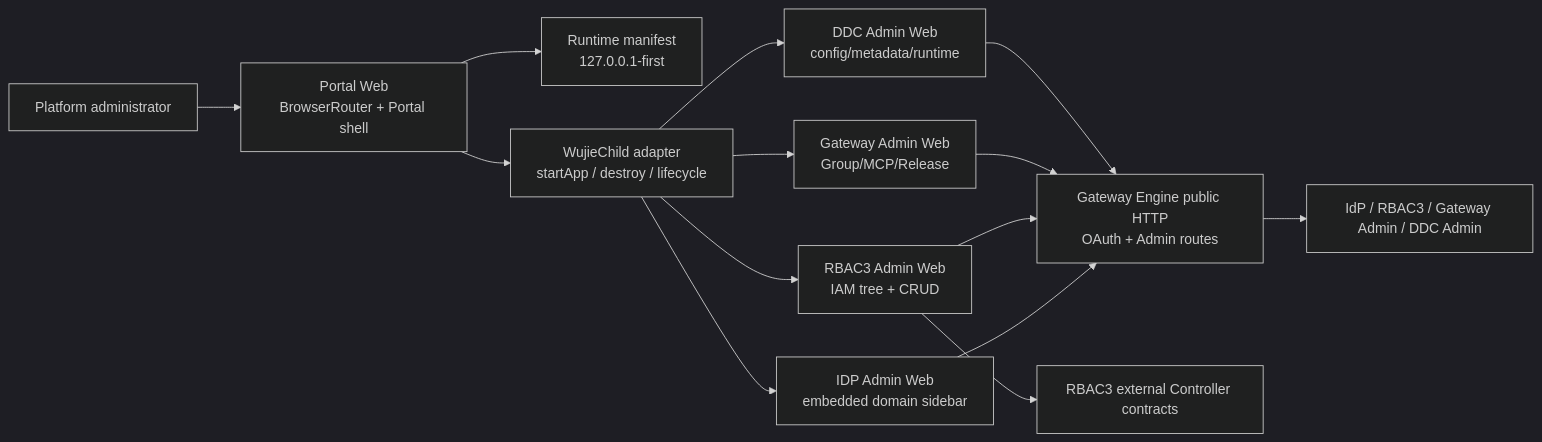
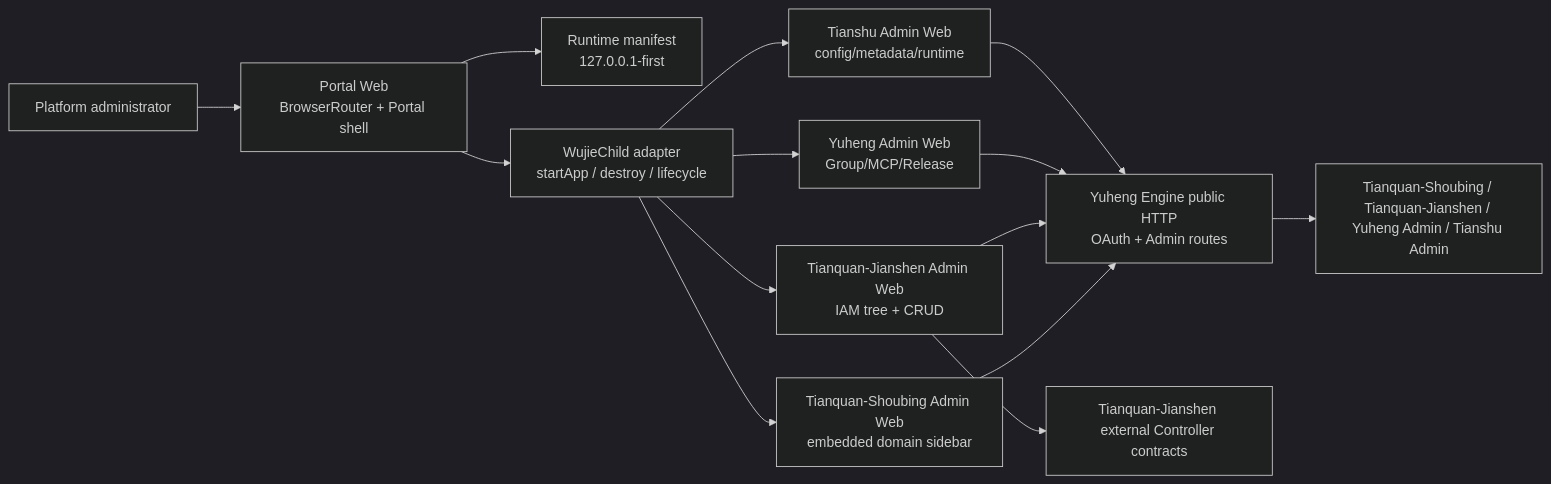
Before and after one commit to AllenDEricDAlexander/Egon-COLA: the first of 3 diagrams in docs/egon/spec/2026-08-29-01-11-platforms-ui-completeness-and-runtime-repair.md, drawn with Mermaid (dark theme). The commit also changed other lines of this file and 233 other files, not shown here.

````diff
--- a/docs/egon/spec/2026-08-29-01-11-platforms-ui-completeness-and-runtime-repair.md
+++ b/docs/egon/spec/2026-08-29-01-11-platforms-ui-completeness-and-runtime-repair.md
@@ -258,16 +258,16 @@
 ```mermaid
 flowchart LR
     Admin["Platform administrator"] --> Portal["Portal Web\nBrowserRouter + Portal shell"]
     Portal --> Manifest["Runtime manifest\n127.0.0.1-first"]
     Portal --> Wujie["WujieChild adapter\nstartApp / destroy / lifecycle"]
-    Wujie --> IDP["IDP Admin Web\nembedded domain sidebar"]
-    Wujie --> RBAC["RBAC3 Admin Web\nIAM tree + CRUD"]
-    Wujie --> Gateway["Gateway Admin Web\nGroup/MCP/Release"]
-    Wujie --> DDC["DDC Admin Web\nconfig/metadata/runtime"]
-    IDP --> Engine["Gateway Engine public HTTP\nOAuth + Admin routes"]
+    Wujie --> Tianquan-Shoubing["Tianquan-Shoubing Admin Web\nembedded domain sidebar"]
+    Wujie --> RBAC["Tianquan-Jianshen Admin Web\nIAM tree + CRUD"]
+    Wujie --> Yuheng["Yuheng Admin Web\nGroup/MCP/Release"]
+    Wujie --> Tianshu["Tianshu Admin Web\nconfig/metadata/runtime"]
+    Tianquan-Shoubing --> Engine["Yuheng Engine public HTTP\nOAuth + Admin routes"]
     RBAC --> Engine
-    Gateway --> Engine
-    DDC --> Engine
-    Engine --> IdpBackend["IdP / RBAC3 / Gateway Admin / DDC Admin"]
-    RBAC --> RBACApi["RBAC3 external Controller contracts"]
+    Yuheng --> Engine
+    Tianshu --> Engine
+    Engine --> IdpBackend["Tianquan-Shoubing / Tianquan-Jianshen / Yuheng Admin / Tianshu Admin"]
+    RBAC --> RBACApi["Tianquan-Jianshen external Controller contracts"]
 ```
````
